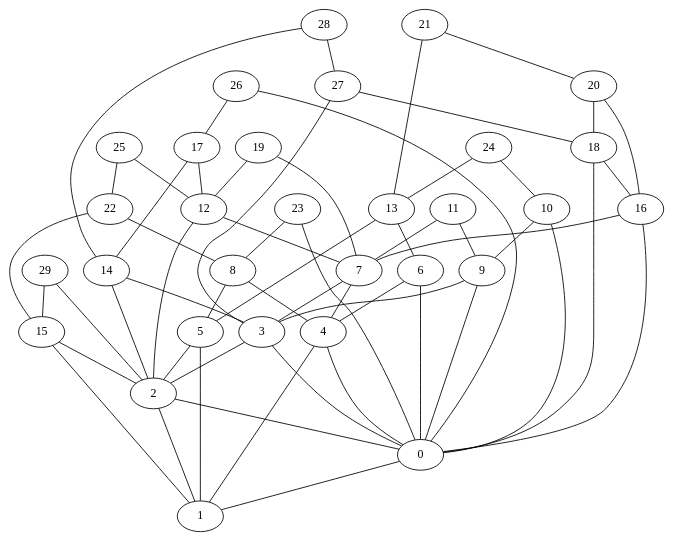
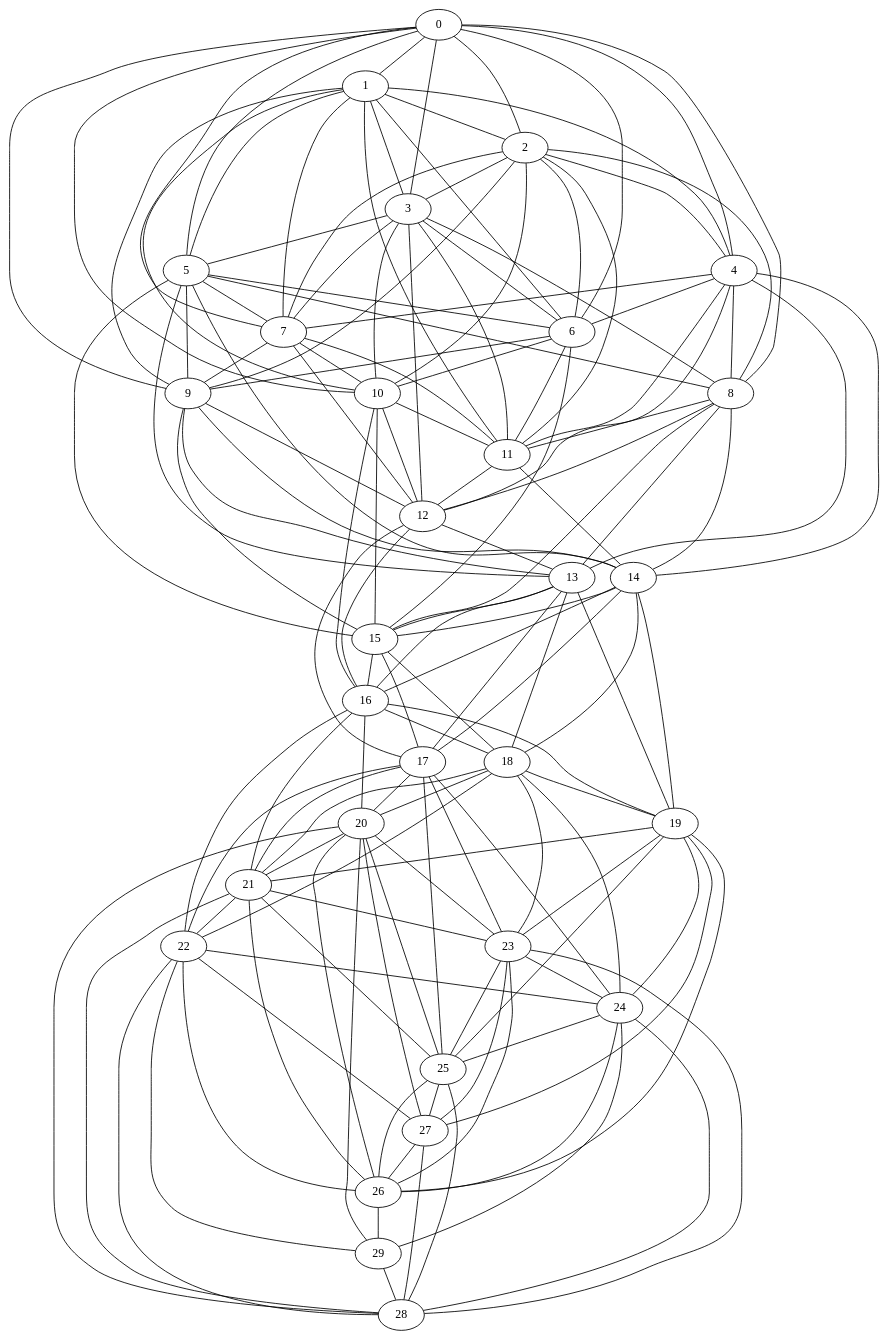
One commit to FranciscoMGL/Proyecto-Algoritmos changed the diagram in Ejemplos Generados/grafo_barabasi_30.gv. Above: the diagram before and after it, drawn with Graphviz. The commit also changed 10 other files, not shown here.

```diff
--- a/Ejemplos Generados/grafo_barabasi_30.gv
+++ b/Ejemplos Generados/grafo_barabasi_30.gv
@@ -1,89 +1,175 @@
 graph G {
   "0";
   "1";
   "2";
   "3";
   "4";
   "5";
   "6";
   "7";
   "8";
   "9";
   "10";
   "11";
   "12";
   "13";
   "14";
   "15";
   "16";
   "17";
   "18";
   "19";
   "20";
   "21";
   "22";
   "23";
   "24";
   "25";
   "26";
   "27";
   "28";
   "29";
-    "20" -- "16";
-    "20" -- "18";
-    "7" -- "3";
-    "6" -- "4";
-    "19" -- "12";
-    "13" -- "5";
-    "2" -- "0";
-    "25" -- "12";
-    "28" -- "14";
-    "11" -- "9";
-    "5" -- "2";
-    "28" -- "27";
-    "14" -- "2";
-    "23" -- "0";
-    "26" -- "0";
-    "15" -- "1";
-    "24" -- "10";
-    "16" -- "7";
-    "29" -- "2";
-    "19" -- "7";
-    "29" -- "15";
-    "9" -- "3";
-    "8" -- "4";
-    "25" -- "22";
-    "21" -- "13";
+    "16" -- "20";
+    "20" -- "29";
+    "22" -- "26";
+    "23" -- "25";
+    "0" -- "5";
+    "17" -- "21";
+    "11" -- "14";
+    "2" -- "11";
+    "13" -- "17";
+    "6" -- "11";
+    "7" -- "10";
+    "24" -- "26";
+    "16" -- "22";
+    "18" -- "19";
+    "3" -- "6";
+    "14" -- "15";
+    "8" -- "11";
+    "22" -- "28";
+    "23" -- "27";
+    "0" -- "7";
+    "2" -- "4";
+    "17" -- "23";
+    "13" -- "19";
+    "15" -- "16";
+    "7" -- "12";
+    "24" -- "28";
+    "25" -- "27";
+    "18" -- "21";
+    "3" -- "8";
+    "14" -- "17";
+    "5" -- "14";
+    "9" -- "12";
+    "0" -- "9";
+    "1" -- "10";
+    "15" -- "18";
+    "18" -- "23";
+    "12" -- "13";
+    "3" -- "10";
+    "5" -- "7";
+    "20" -- "26";
+    "21" -- "25";
+    "0" -- "2";
+    "14" -- "19";
+    "9" -- "14";
+    "1" -- "3";
+    "10" -- "15";
+    "19" -- "27";
+    "16" -- "19";
+    "3" -- "12";
+    "5" -- "9";
+    "4" -- "11";
+    "20" -- "28";
+    "23" -- "24";
+    "1" -- "5";
+    "13" -- "16";
+    "7" -- "9";
+    "24" -- "25";
+    "16" -- "21";
+    "3" -- "5";
+    "20" -- "21";
+    "12" -- "17";
+    "4" -- "13";
+    "22" -- "27";
+    "23" -- "26";
+    "8" -- "13";
+    "1" -- "7";
+    "2" -- "6";
+    "17" -- "25";
+    "13" -- "18";
+    "7" -- "11";
+    "25" -- "26";
+    "6" -- "15";
+    "27" -- "26";
+    "3" -- "7";
+    "20" -- "23";
+    "4" -- "6";
+    "21" -- "22";
+    "14" -- "16";
+    "5" -- "13";
+    "23" -- "28";
+    "8" -- "15";
+    "10" -- "12";
+    "1" -- "9";
+    "27" -- "28";
+    "2" -- "8";
+    "19" -- "24";
+    "25" -- "28";
+    "26" -- "29";
+    "5" -- "6";
+    "4" -- "8";
+    "20" -- "25";
+    "14" -- "18";
+    "1" -- "2";
+    "0" -- "4";
+    "17" -- "20";
+    "1" -- "11";
+    "2" -- "10";
+    "19" -- "26";
+    "29" -- "28";
+    "6" -- "10";
+    "3" -- "11";
+    "21" -- "26";
+    "1" -- "4";
+    "0" -- "6";
+    "2" -- "3";
+    "17" -- "22";
+    "10" -- "16";
+    "18" -- "20";
+    "12" -- "16";
+    "4" -- "12";
+    "21" -- "28";
+    "8" -- "12";
+    "22" -- "29";
+    "1" -- "6";
+    "0" -- "8";
+    "17" -- "24";
+    "19" -- "21";
+    "15" -- "17";
+    "24" -- "29";
+    "18" -- "22";
+    "4" -- "14";
     "0" -- "1";
-    "10" -- "9";
-    "2" -- "1";
-    "4" -- "0";
-    "10" -- "0";
-    "16" -- "0";
-    "5" -- "1";
-    "23" -- "8";
-    "26" -- "17";
-    "27" -- "3";
-    "13" -- "6";
-    "12" -- "7";
-    "18" -- "16";
-    "22" -- "15";
-    "7" -- "4";
-    "21" -- "20";
-    "27" -- "18";
-    "17" -- "12";
-    "14" -- "3";
-    "8" -- "5";
-    "17" -- "14";
-    "3" -- "0";
-    "9" -- "0";
-    "4" -- "1";
-    "6" -- "0";
-    "3" -- "2";
-    "12" -- "2";
-    "22" -- "8";
-    "18" -- "0";
-    "15" -- "2";
-    "11" -- "7";
-    "24" -- "13";
+    "5" -- "15";
+    "8" -- "14";
+    "10" -- "11";
+    "9" -- "13";
+    "0" -- "10";
+    "2" -- "7";
+    "19" -- "23";
+    "16" -- "18";
+    "4" -- "7";
+    "18" -- "24";
+    "21" -- "23";
+    "5" -- "8";
+    "20" -- "27";
+    "22" -- "24";
+    "0" -- "3";
+    "9" -- "15";
+    "11" -- "12";
+    "2" -- "9";
+    "19" -- "25";
+    "13" -- "15";
+    "6" -- "9";
 }
```
